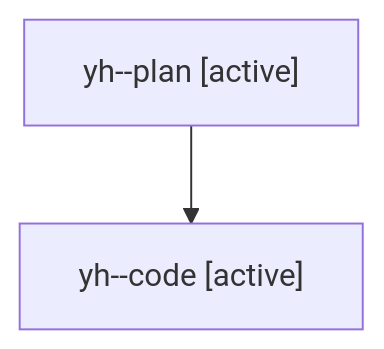
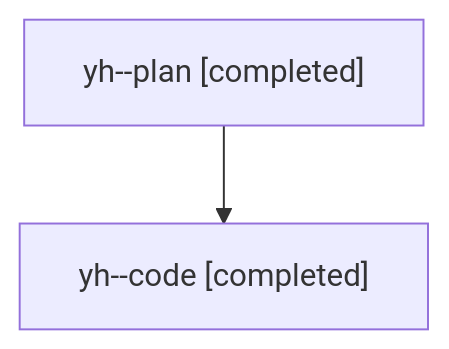
One commit to sase-org/sase--agents changed the diagram in families/bbugyi200.athena.yh.md. Above: the diagram before and after it, drawn with Mermaid. The commit also changed other lines of this file and 1973 other files, not shown here.

````diff
--- a/families/bbugyi200.athena.yh.md
+++ b/families/bbugyi200.athena.yh.md
@@ -9,6 +9,6 @@
 ```mermaid
 flowchart TD
-  n0["yh--plan [active]"]
-  n1["yh--code [active]"]
+  n0["yh--plan [completed]"]
+  n1["yh--code [completed]"]
   n0 --> n1
 ```
````
